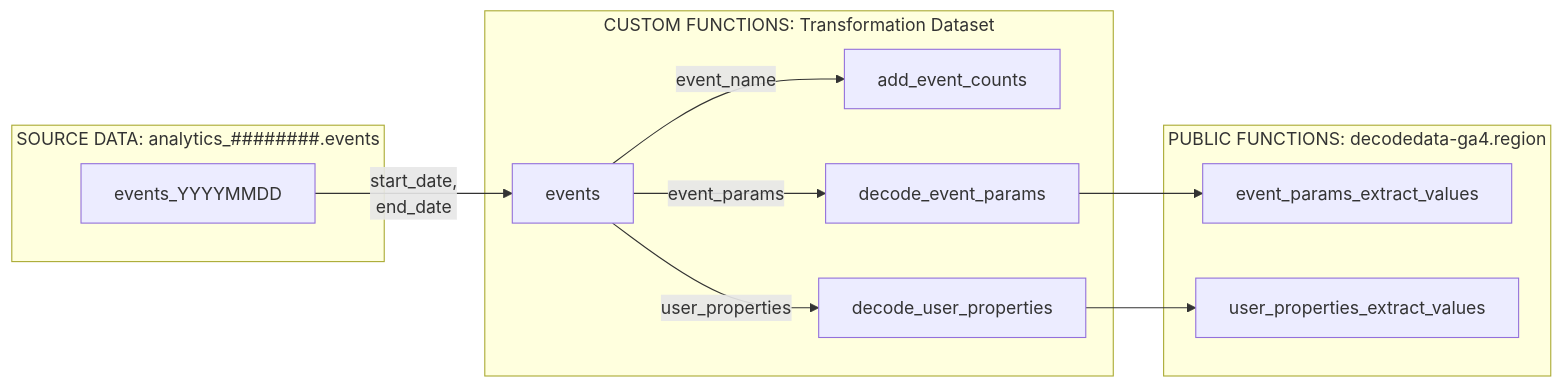
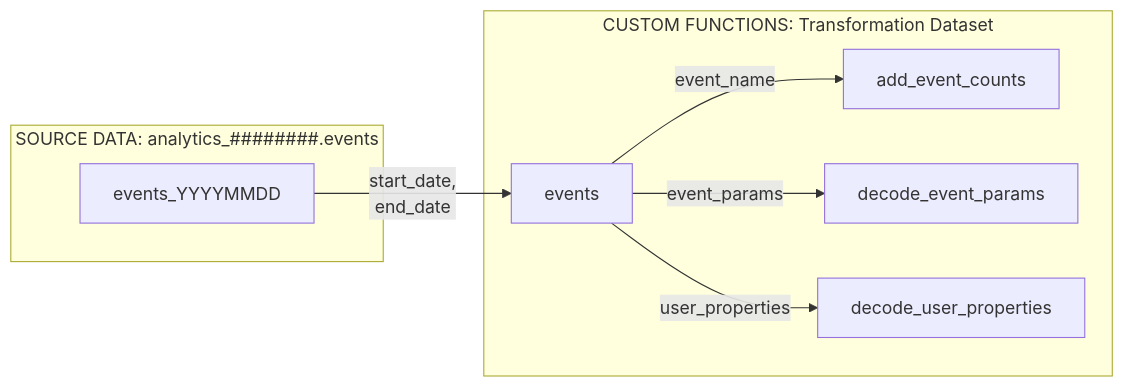
The diagram in docs/ga4/quickstart.md (transformationflow/transformationflow.github.io), drawn with Mermaid before and after one commit. The commit also changed 2 other files, not shown here.

Commit message:
updated coercion simplification

````diff
--- a/docs/ga4/quickstart.md
+++ b/docs/ga4/quickstart.md
@@ -17,26 +17,19 @@
 ```mermaid
 flowchart LR
 
 subgraph transformation_dataset["CUSTOM FUNCTIONS: Transformation Dataset"]
     events
     add_event_counts
     decode_event_params
     decode_user_properties
 end
 
-subgraph decodedata-ga4.region["PUBLIC FUNCTIONS: decodedata-ga4.region"]
-    event_params_extract_values
-    user_properties_extract_values
-end
-
 subgraph ga4_dataset["SOURCE DATA: analytics_########.events"]
     events_YYYYMMDD
 end
 
 events_YYYYMMDD --> |start_date,<br>end_date| events
 events --> |event_name| add_event_counts
 events --> |event_params| decode_event_params
 events --> |user_properties| decode_user_properties
-decode_event_params --> event_params_extract_values
-decode_user_properties --> user_properties_extract_values
 ```
````
